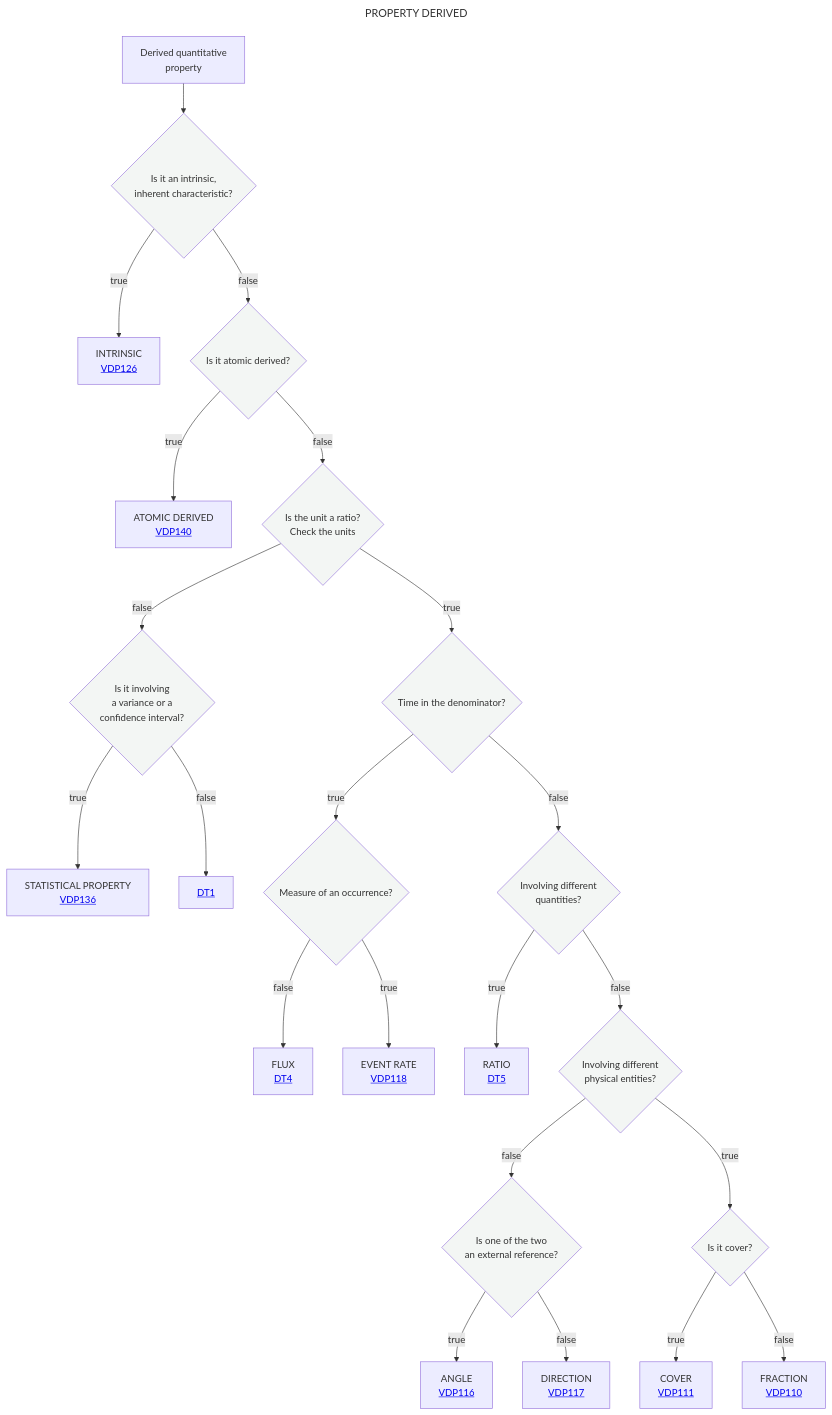
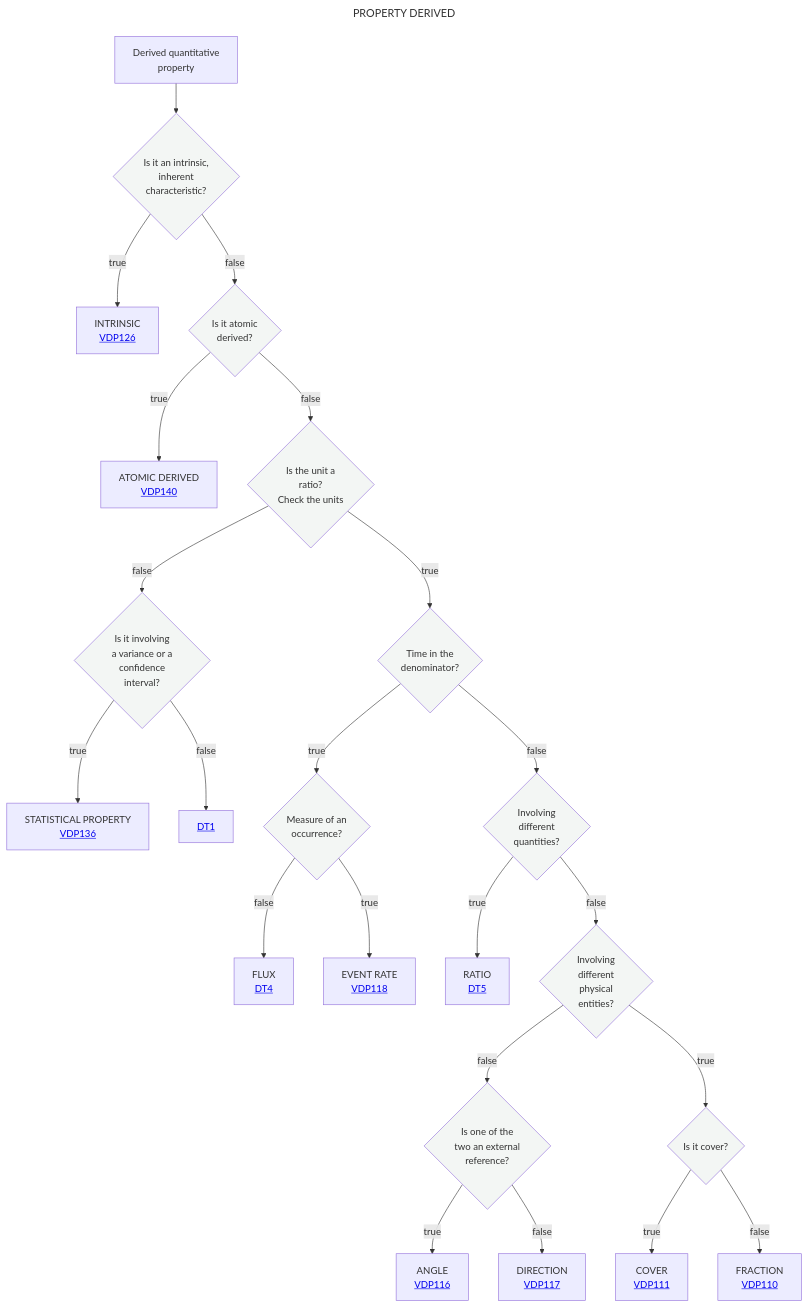
The diagram in Decisition_trees/DT3.mmd (mabablue/I-ADOPT-patterns-playground), drawn with Mermaid before and after one commit.

Commit message:
Fix line breaks in decision tree flowchart

```diff
--- a/Decisition_trees/DT3.mmd
+++ b/Decisition_trees/DT3.mmd
@@ -1,29 +1,29 @@
 ---
 title: PROPERTY DERIVED
 ---
 flowchart TD
-    A[Derived quantitative <br> property] --> AB{Is it an intrinsic, <br> inherent characteristic?}:::white
+    A[Derived quantitative <br> property] --> AB{Is it an intrinsic, <br> inherent <br> characteristic?}:::white
     AB --> |true|Y[INTRINSIC <br> <a href='https://github.com/mabablue/I-ADOPT-patterns-playground/blob/main/pattern/VDP126.yaml'>VDP126</a>]
-    AB --> |false|ABB{Is it atomic derived?}:::white
+    AB --> |false|ABB{Is it atomic <br> derived?}:::white
     ABB --> |true|Z[ATOMIC DERIVED <br> <a href='https://github.com/mabablue/I-ADOPT-patterns-playground/blob/main/pattern/VDP140.yaml'>VDP140</a>]
-    ABB --> |false|B{Is the unit a ratio?<br>Check the units}:::white
-    B --> |true|N{Time in the denominator?}:::white
-    B --> |false|D{Is it involving <br>a variance or a<br> confidence interval?}:::white
+    ABB --> |false|B{Is the unit a <br> ratio?<br>Check the units}:::white
+    B --> |true|N{Time in the <br> denominator?}:::white
+    B --> |false|D{Is it involving <br>a variance or a<br> confidence <br> interval?}:::white
     D --> |true|G[STATISTICAL PROPERTY <br> <a href='https://github.com/mabablue/I-ADOPT-patterns-playground/blob/main/pattern/VDP136.yaml'>VDP136</a>]
     D --> |false|F[<a href='https://github.com/mabablue/I-ADOPT-patterns-playground/blob/main/Decisition_trees/DT2.mmd'>DT1</a>]
-    N --> |true|E{Measure of an occurrence?}:::white
+    N --> |true|E{Measure of an <br> occurrence?}:::white
     E --> |false|K[FLUX <br> <a href='https://github.com/mabablue/I-ADOPT-patterns-playground/blob/main/Decisition_trees/DT4.mmd'> DT4</a>]
     E --> |true|J[EVENT RATE <br> <a href='https://github.com/mabablue/I-ADOPT-patterns-playground/blob/main/pattern/VDP118.yaml'>VDP118</a>]
-    N --> |false|O{Involving different <br> quantities?}:::white
+    N --> |false|O{Involving <br> different <br> quantities?}:::white
     O --> |true|P[RATIO <br> <a href='https://github.com/mabablue/I-ADOPT-patterns-playground/blob/main/Decisition_trees/DT5.mmd'> DT5</a>]
-    O --> |false|Q{Involving different <br> physical entities?}:::white
-    Q --> |false|R{Is one of the two <br> an external reference?}:::white
+    O --> |false|Q{Involving <br> different <br> physical <br> entities?}:::white
+    Q --> |false|R{Is one of the <br> two an external <br> reference?}:::white
     R --> |true|L[ANGLE <br> <a href='https://github.com/mabablue/I-ADOPT-patterns-playground/blob/main/pattern/VDP116.yaml'>VDP116</a>]
     R --> |false|M[DIRECTION <br> <a href='https://github.com/mabablue/I-ADOPT-patterns-playground/blob/main/pattern/VDP117.yaml'>VDP117</a>]
     Q --> |true|S{Is it cover?}:::white
     S --> |true|X[COVER <br> <a href='https://github.com/mabablue/I-ADOPT-patterns-playground/blob/main/pattern/VDP111.yaml'>VDP111</a>]
     S --> |false|V[FRACTION <br> <a href='https://github.com/mabablue/I-ADOPT-patterns-playground/blob/main/pattern/VDP110.yaml'>VDP110</a>]
    classDef blue fill:#90D5FF
    classDef satblue fill:#57B9FF 
    classDef white fill:#f3f6f4
    classDef green fill:#6aa84f
```
